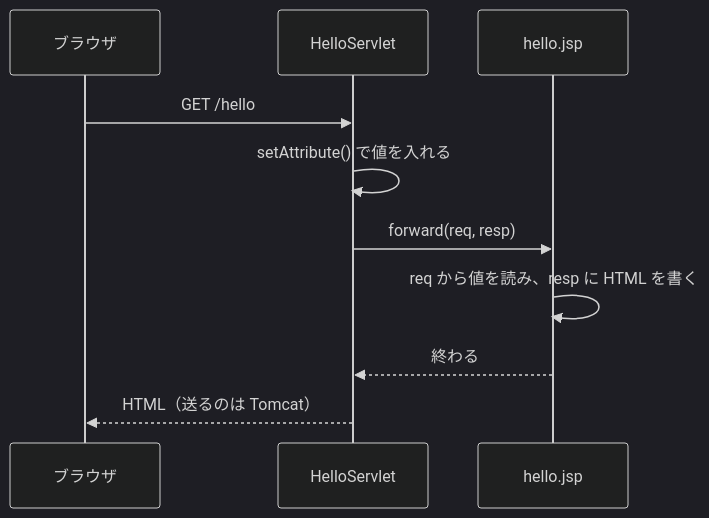
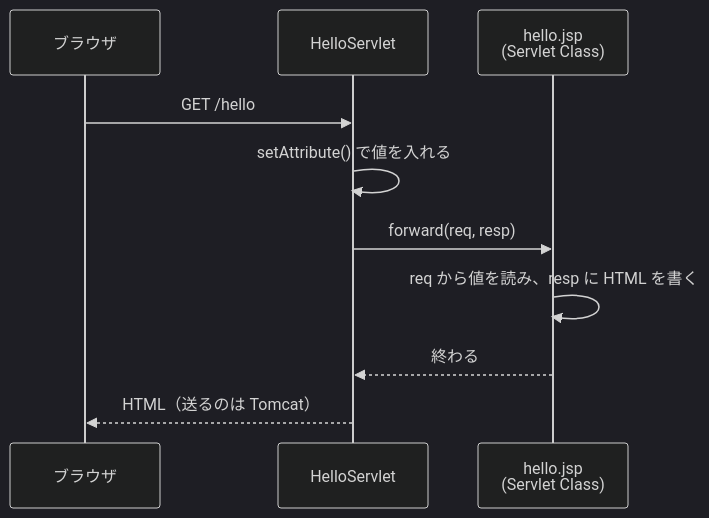
The diagram in servlet/05-jsp/03-forward-and-attributes.md (Appricot144/teaching-material), drawn with Mermaid (dark theme) before and after one commit. The commit also changed other lines of this file and 6 other files, not shown here.

````diff
--- a/servlet/05-jsp/03-forward-and-attributes.md
+++ b/servlet/05-jsp/03-forward-and-attributes.md
@@ -50,12 +51,12 @@
 ```mermaid
 sequenceDiagram
     participant B as ブラウザ
     participant S as HelloServlet
-    participant J as hello.jsp
+    participant J as hello.jsp<br>(Servlet Class)
     B->>S: GET /hello
     S->>S: setAttribute() で値を入れる
     S->>J: forward(req, resp)
     J->>J: req から値を読み、resp に HTML を書く
     J-->>S: 終わる
     S-->>B: HTML（送るのは Tomcat）
 ```
````
